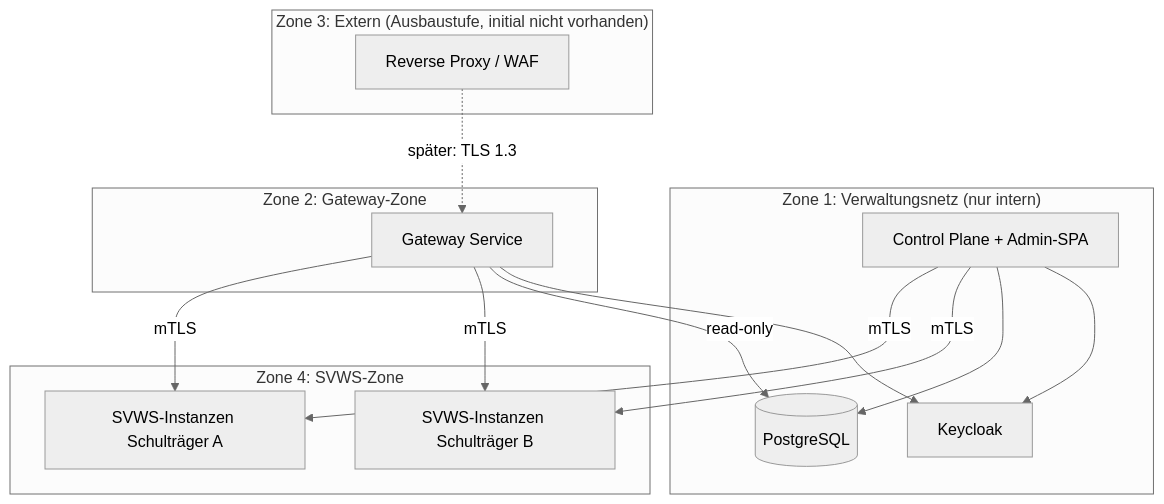
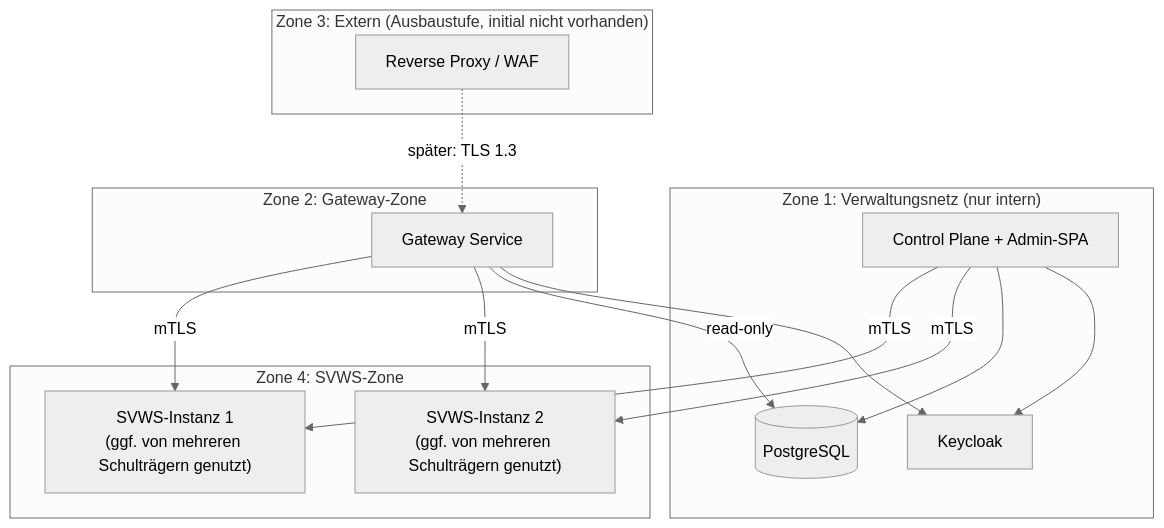
One commit to FPfotenhauer/SVWS-EduGate changed the sixth of 6 diagrams in architecture/ARCHITECTURE.md. Above: the diagram before and after it, drawn with Mermaid (neutral theme). The commit also changed other lines of this file and 29 other files, not shown here.

````diff
--- a/architecture/ARCHITECTURE.md
+++ b/architecture/ARCHITECTURE.md
@@ -243,31 +247,31 @@
 ```mermaid
 flowchart TB
     subgraph zone_ext["Zone 3: Extern (Ausbaustufe, initial nicht vorhanden)"]
         rp["Reverse Proxy / WAF"]
     end
 
     subgraph zone_mgmt["Zone 1: Verwaltungsnetz (nur intern)"]
         cp["Control Plane + Admin-SPA"]
         kc["Keycloak"]
         pg[("PostgreSQL")]
     end
 
     subgraph zone_gw["Zone 2: Gateway-Zone"]
         gw["Gateway Service"]
     end
 
     subgraph zone_svws["Zone 4: SVWS-Zone"]
-        s1["SVWS-Instanzen Schulträger A"]
-        s2["SVWS-Instanzen Schulträger B"]
+        s1["SVWS-Instanz 1<br/>(ggf. von mehreren Schulträgern genutzt)"]
+        s2["SVWS-Instanz 2<br/>(ggf. von mehreren Schulträgern genutzt)"]
     end
 
     rp -.->|"später: TLS 1.3"| gw
     cp -->|"mTLS"| s1
     cp -->|"mTLS"| s2
     gw -->|"mTLS"| s1
     gw -->|"mTLS"| s2
     gw -->|"read-only"| pg
     cp --> pg
     cp --> kc
     gw --> kc
 ```
````
